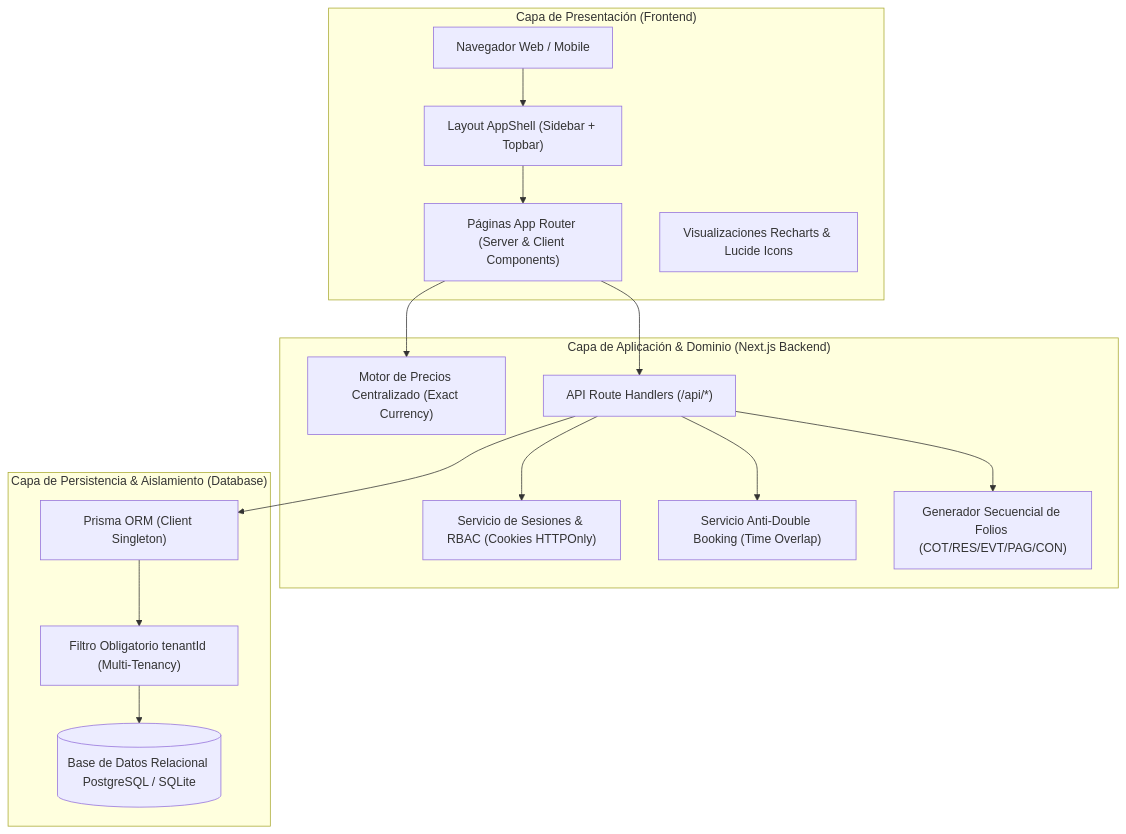
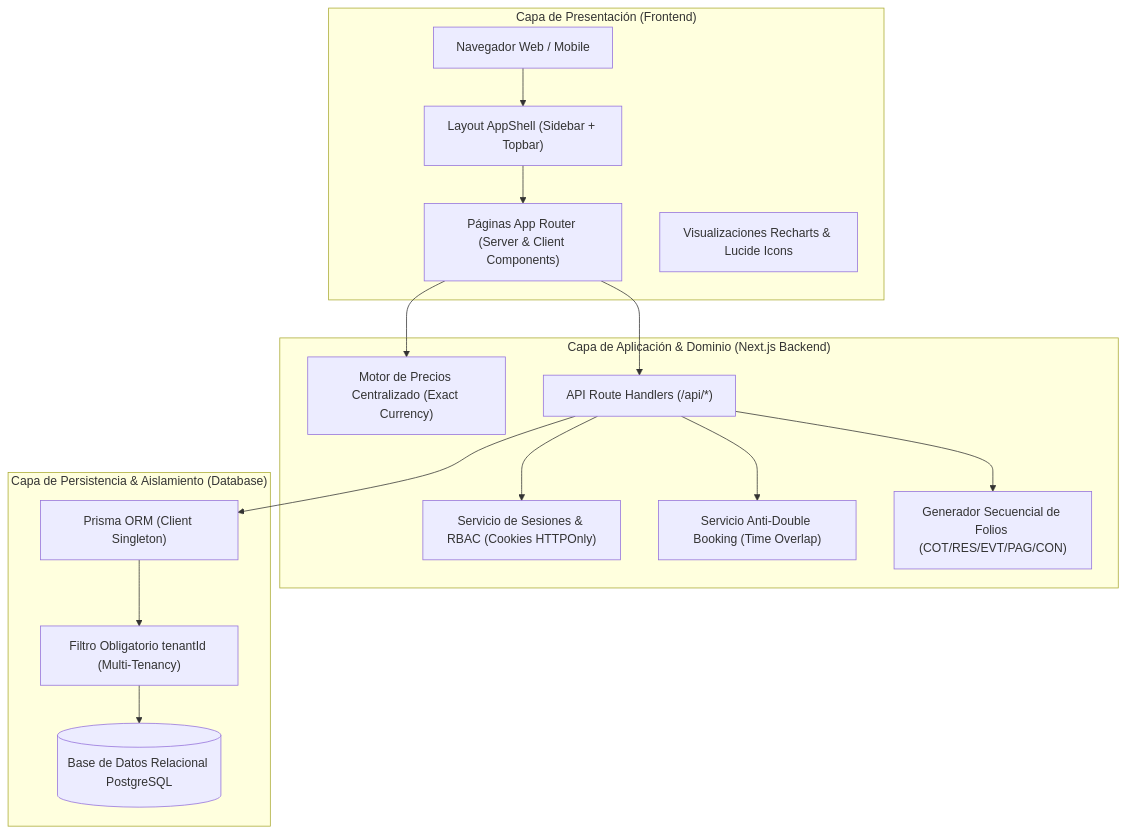
One commit to DexEscanor98/App-de-eventos changed the first of 3 diagrams in docs/05-ARQUITECTURA.md. Above: the diagram before and after it, drawn with Mermaid. The commit also changed other lines of this file and 12 other files, not shown here.

Commit message:
Prepare Vercel PostgreSQL deployment

````diff
--- a/docs/05-ARQUITECTURA.md
+++ b/docs/05-ARQUITECTURA.md
@@ -6,34 +6,34 @@
 ```mermaid
 flowchart TD
     subgraph Cliente["Capa de Presentación (Frontend)"]
         Browser["Navegador Web / Mobile"]
         AppShell["Layout AppShell (Sidebar + Topbar)"]
         Pages["Páginas App Router (Server & Client Components)"]
         Charts["Visualizaciones Recharts & Lucide Icons"]
     end
 
     subgraph Servidor["Capa de Aplicación & Dominio (Next.js Backend)"]
         AuthLayer["Servicio de Sesiones & RBAC (Cookies HTTPOnly)"]
         PricingEngine["Motor de Precios Centralizado (Exact Currency)"]
         AvailabilityService["Servicio Anti-Double Booking (Time Overlap)"]
         FolioGenerator["Generador Secuencial de Folios (COT/RES/EVT/PAG/CON)"]
         RouteHandlers["API Route Handlers (/api/*)"]
     end
 
     subgraph Datos["Capa de Persistencia & Aislamiento (Database)"]
         PrismaORM["Prisma ORM (Client Singleton)"]
         TenantFilter["Filtro Obligatorio tenantId (Multi-Tenancy)"]
-        Database[("Base de Datos Relacional PostgreSQL / SQLite")]
+        Database[("Base de Datos Relacional PostgreSQL")]
     end
 
     Browser --> AppShell
     AppShell --> Pages
     Pages --> RouteHandlers
     Pages --> PricingEngine
     RouteHandlers --> AuthLayer
     RouteHandlers --> AvailabilityService
     RouteHandlers --> FolioGenerator
     RouteHandlers --> PrismaORM
     PrismaORM --> TenantFilter
     TenantFilter --> Database
 ```
````
